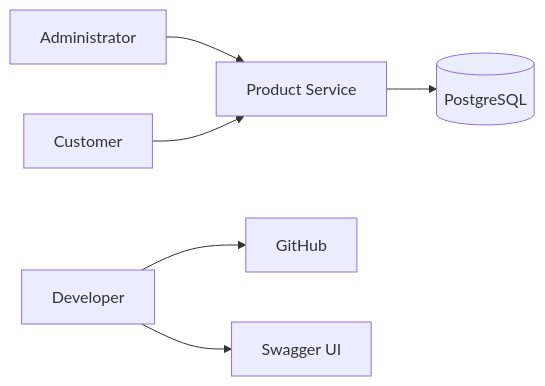
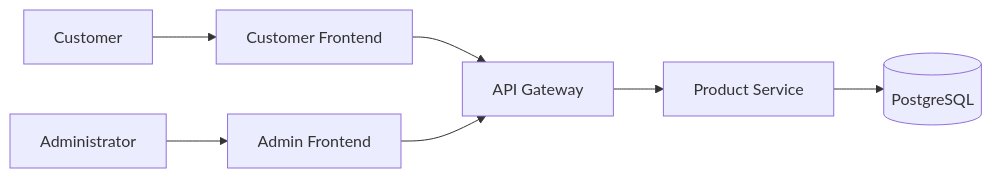
Before and after one commit to oliversantos573/ai-commerce-product-service: the diagram in docs/c4/C1-System-Context.md, drawn with Mermaid. The commit also changed other lines of this file and 37 other files, not shown here.

````diff
--- a/docs/c4/C1-System-Context.md
+++ b/docs/c4/C1-System-Context.md
@@ -3,26 +85,29 @@
 ```mermaid
 flowchart LR
 
-Developer["Developer"]
+Customer["Customer"]
 
-Admin["Administrator"]
+Administrator["Administrator"]
 
-Customer["Customer"]
+CustomerFrontend["Customer Frontend"]
+
+AdminFrontend["Admin Frontend"]
+
+ApiGateway["API Gateway"]
 
 ProductService["Product Service"]
 
 PostgreSQL[("PostgreSQL")]
 
-GitHub["GitHub"]
+Customer --> CustomerFrontend
 
-Swagger["Swagger UI"]
+Administrator --> AdminFrontend
 
-Developer --> Swagger
-Developer --> GitHub
+CustomerFrontend --> ApiGateway
 
-Admin --> ProductService
+AdminFrontend --> ApiGateway
 
-Customer --> ProductService
+ApiGateway --> ProductService
 
 ProductService --> PostgreSQL
 ```
````
